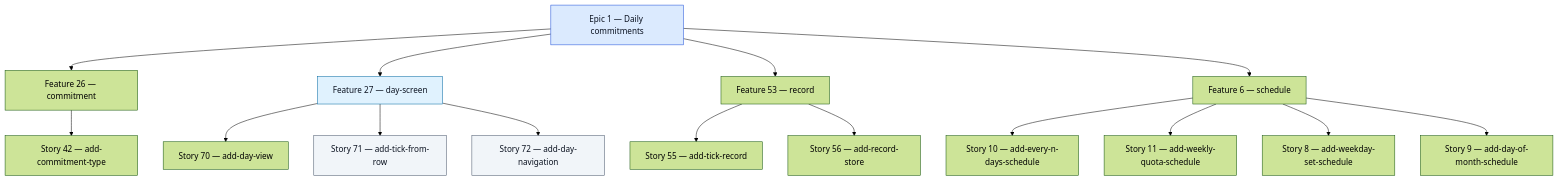
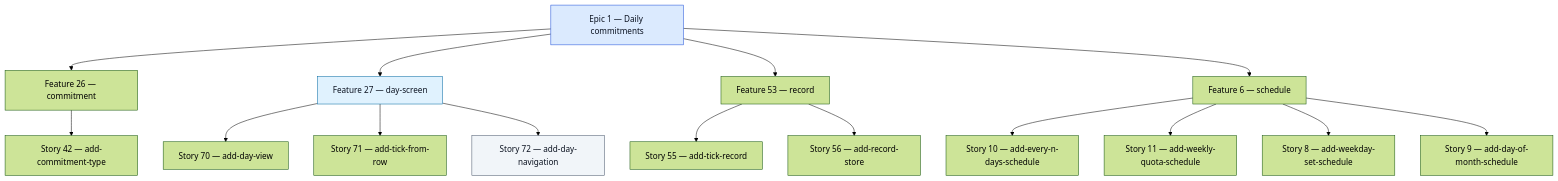
The diagram in docs/graph.mmd (dbugmann-labs/daybyday), drawn with Mermaid (forest theme) before and after one commit.

Commit message:
chore: regenerate the issue graph (#85)

```diff
--- a/docs/graph.mmd
+++ b/docs/graph.mmd
@@ -1,60 +1,60 @@
 %% GENERATED FILE — do not edit. Run `pnpm run graph` to refresh.
 %% A read-only projection of the Epic → Feature → Story hierarchy in GitHub Issues.
 %% GitHub owns this state; this file only shows it (docs/adr/0002-systems-of-record.md).
 %% Green border: closed. Amber border: every child is closed, so this one is ready to close.
 %% Dashed red border: typed but no parent — a broken tracker edge.
 
 flowchart TD
   classDef epic fill:#dbeafe,stroke:#1d4ed8,color:#0b1220
   classDef feature fill:#e0f2fe,stroke:#0369a1,color:#0b1220
   classDef story fill:#f1f5f9,stroke:#475569,color:#0b1220
   classDef done stroke:#15803d,stroke-width:2px
   classDef settled stroke:#b45309,stroke-width:2px
   classDef orphan stroke:#b91c1c,stroke-width:3px,stroke-dasharray:4 3
 
   I1["Epic 1 — Daily commitments"]
   I6["Feature 6 — schedule"]
   I8["Story 8 — add-weekday-set-schedule"]
   I9["Story 9 — add-day-of-month-schedule"]
   I10["Story 10 — add-every-n-days-schedule"]
   I11["Story 11 — add-weekly-quota-schedule"]
   I26["Feature 26 — commitment"]
   I27["Feature 27 — day-screen"]
   I42["Story 42 — add-commitment-type"]
   I53["Feature 53 — record"]
   I55["Story 55 — add-tick-record"]
   I56["Story 56 — add-record-store"]
   I70["Story 70 — add-day-view"]
   I71["Story 71 — add-tick-from-row"]
   I72["Story 72 — add-day-navigation"]
 
   I1 --> I26
   I1 --> I27
   I1 --> I53
   I1 --> I6
   I26 --> I42
   I27 --> I70
   I27 --> I71
   I27 --> I72
   I53 --> I55
   I53 --> I56
   I6 --> I10
   I6 --> I11
   I6 --> I8
   I6 --> I9
 
   class I1 epic
   class I6 feature,done
   class I8 story,done
   class I9 story,done
   class I10 story,done
   class I11 story,done
   class I26 feature,done
   class I27 feature
   class I42 story,done
   class I53 feature,done
   class I55 story,done
   class I56 story,done
   class I70 story,done
-  class I71 story
+  class I71 story,done
   class I72 story
```
